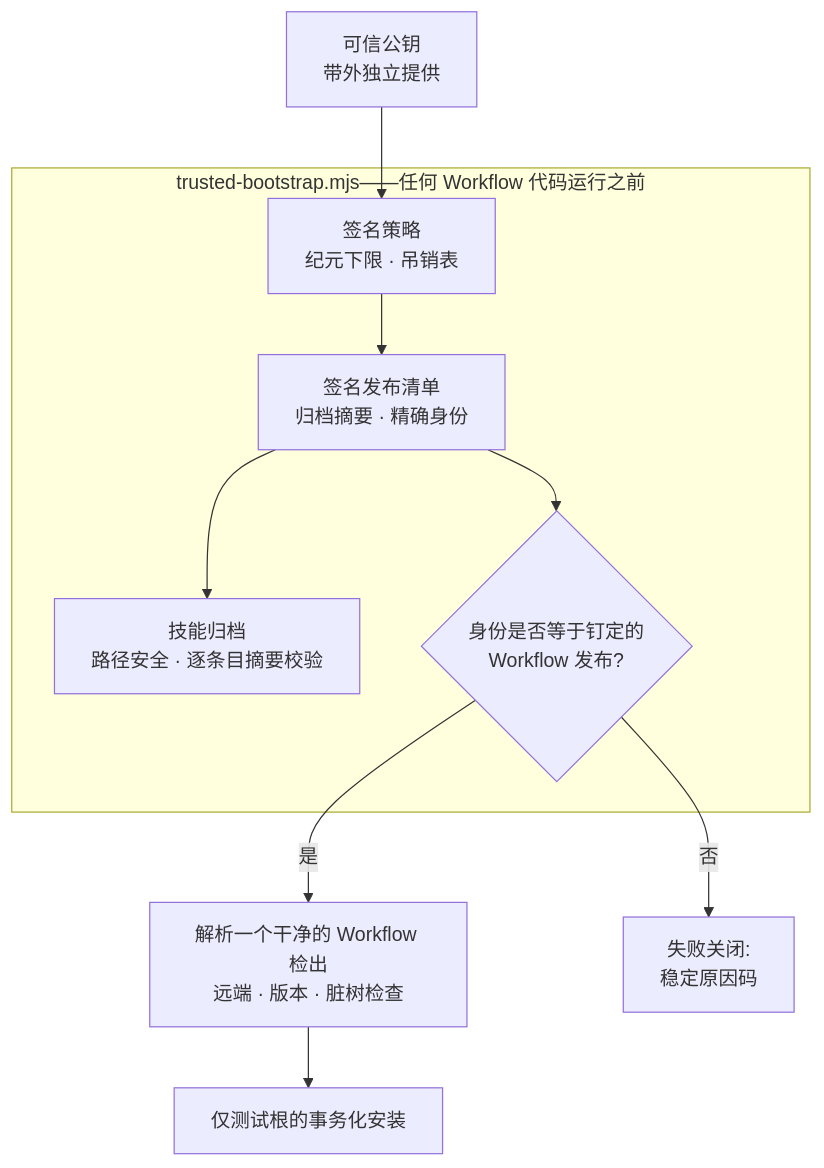
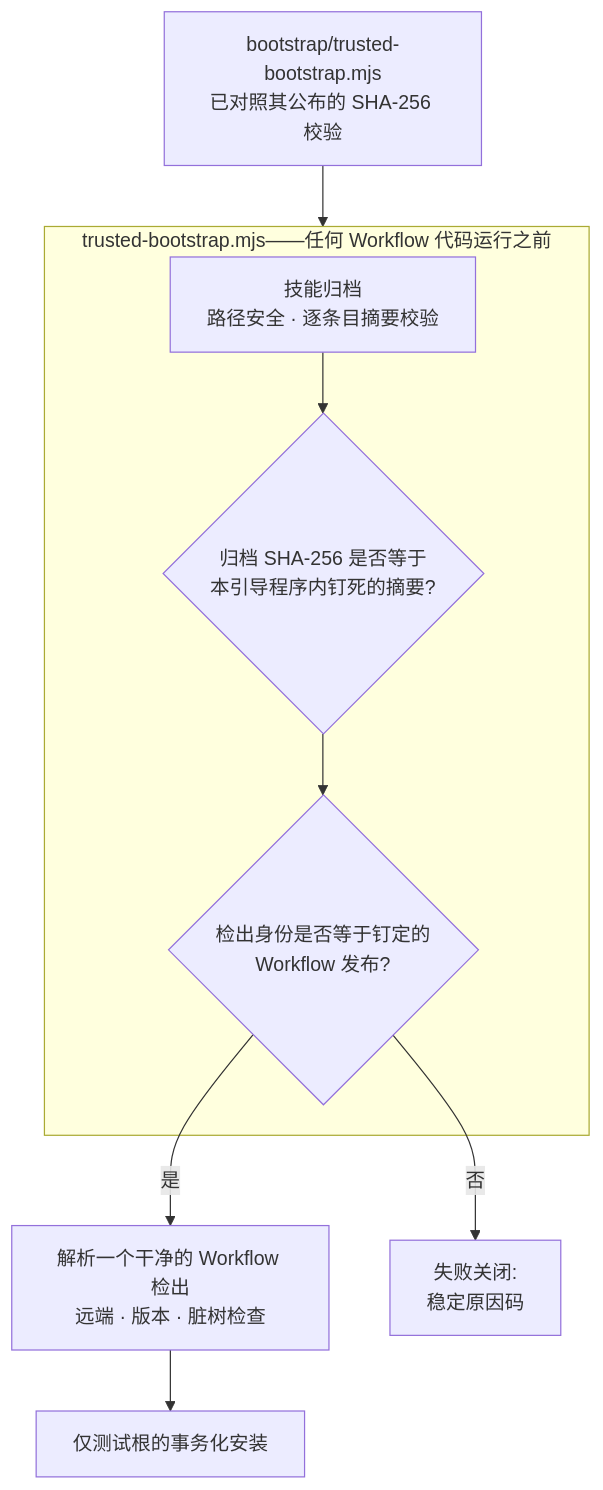
Before and after one commit to tpmoonchefryan/tcrn-workflow-helper: the diagram in README.zh-CN.md, drawn with Mermaid. The commit also changed other lines of this file and 23 other files, not shown here.

````diff
--- a/README.zh-CN.md
+++ b/README.zh-CN.md
@@ -66,12 +72,11 @@
 ```mermaid
 flowchart TD
-    K[可信公钥<br/>带外独立提供] --> P
+    K[bootstrap/trusted-bootstrap.mjs<br/>已对照其公布的 SHA-256 校验] --> Verify
     subgraph Verify["trusted-bootstrap.mjs——任何 Workflow 代码运行之前"]
-        P[签名策略<br/>纪元下限 · 吊销表] --> M[签名发布清单<br/>归档摘要 · 精确身份]
-        M --> A[技能归档<br/>路径安全 · 逐条目摘要校验]
-        M --> ID{身份是否等于钉定的<br/>Workflow 发布?}
+        A[技能归档<br/>路径安全 · 逐条目摘要校验] --> D{归档 SHA-256 是否等于<br/>本引导程序内钉死的摘要?}
+        D --> ID{检出身份是否等于钉定的<br/>Workflow 发布?}
     end
     ID -->|是| R[解析一个干净的 Workflow 检出<br/>远端 · 版本 · 脏树检查]
     ID -->|否| F[失败关闭:<br/>稳定原因码]
     R --> T[仅测试根的事务化安装]
 ```
````
